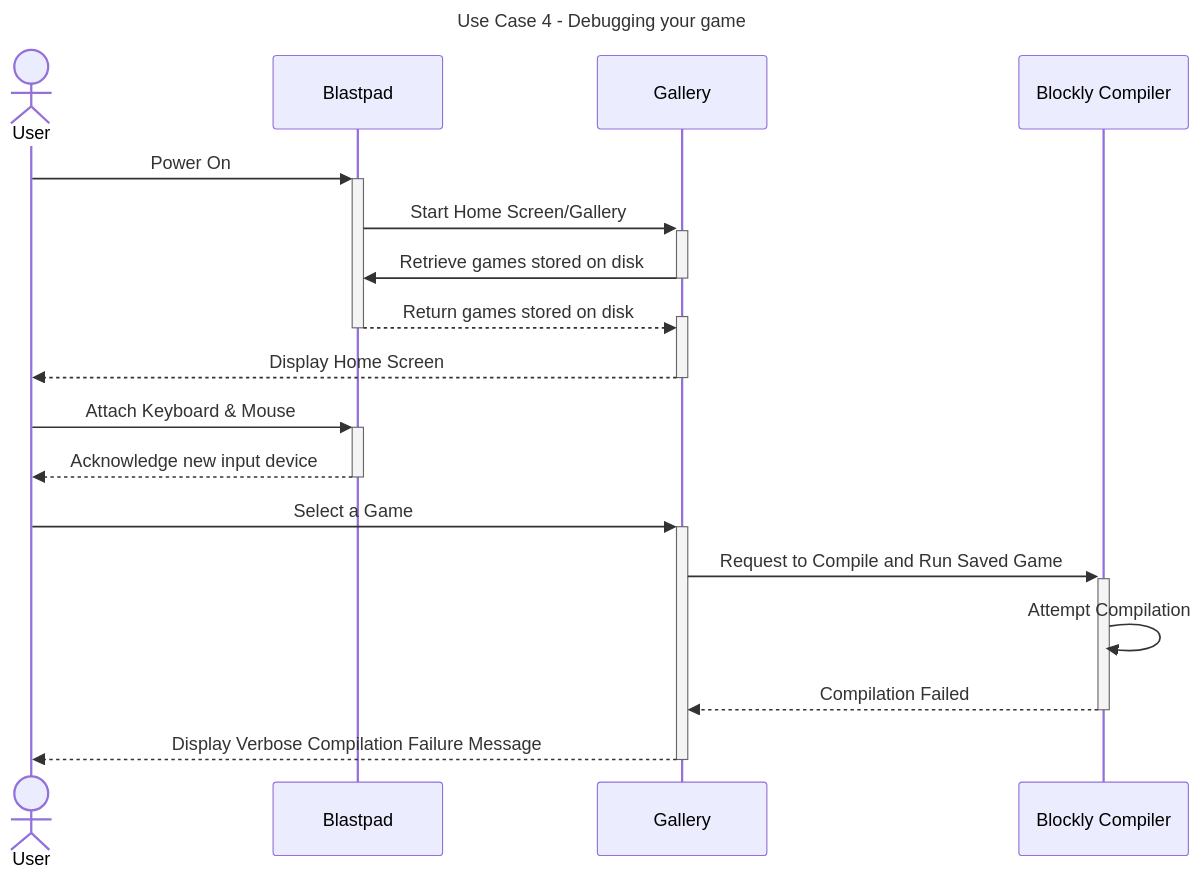
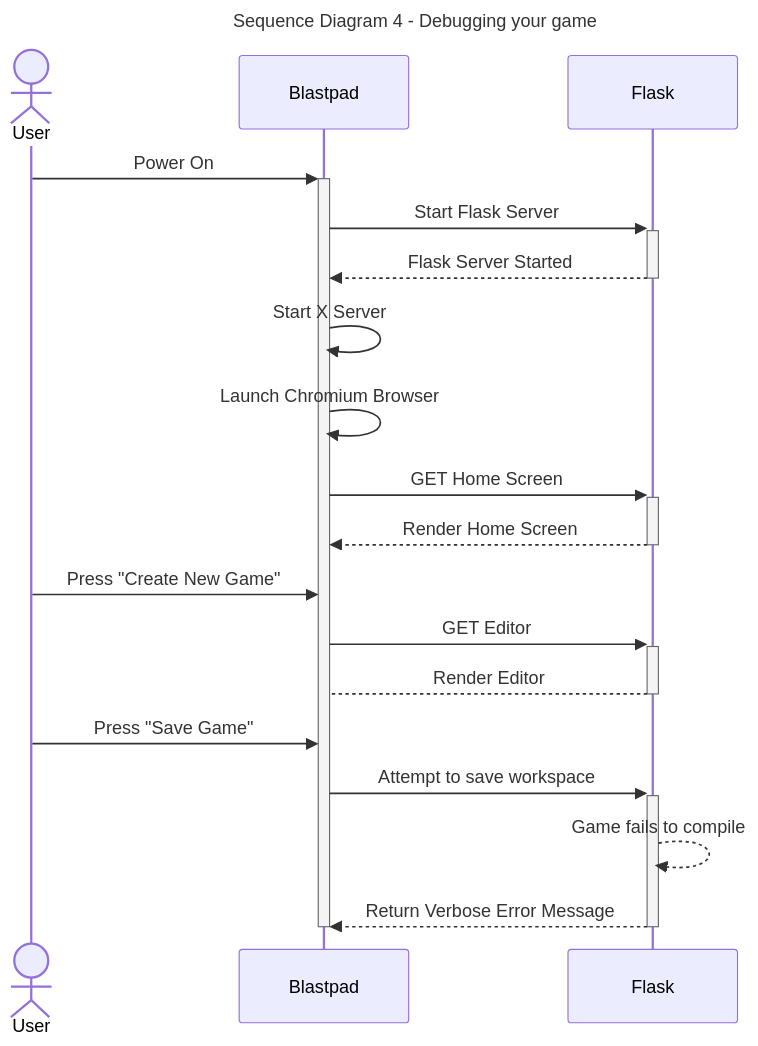
The fourth of 11 diagrams in documentation/docs/requirements/use-case-descriptions.md (Capstone-Projects-2024-Spring/project-blastpad), drawn with Mermaid before and after one commit. The commit also changed other lines of this file and 3 other files, not shown here.

Commit message:
Use Case Seq Diagrams

````diff
--- a/documentation/docs/requirements/use-case-descriptions.md
+++ b/documentation/docs/requirements/use-case-descriptions.md
@@ -134,25 +129,29 @@
 ```mermaid
 ---
-title: "Use Case 4 - Debugging your game"
+title: "Sequence Diagram 4 - Debugging your game"
 ---
-
 sequenceDiagram
 actor User
 User->>+Blastpad: Power On
-Blastpad->>+Gallery: Start Home Screen/Gallery
-Gallery->>-Blastpad: Retrieve games stored on disk
-Blastpad-->>+Gallery: Return games stored on disk
-deactivate Blastpad	
-Gallery-->>-User: Display Home Screen
-		
-User->>+Blastpad: Attach Keyboard & Mouse
-Blastpad-->>-User: Acknowledge new input device
+Blastpad->>+Flask: Start Flask Server
+Flask-->>-Blastpad: Flask Server Started
+
+Blastpad->>Blastpad: Start X Server
+Blastpad->>Blastpad: Launch Chromium Browser
 
 
 
-User->>+Gallery: Select a Game
-Gallery->>+Blockly Compiler: Request to Compile and Run Saved Game
-Blockly Compiler->>Blockly Compiler: Attempt Compilation
-Blockly Compiler-->>-Gallery: Compilation Failed
-Gallery-->>-User: Display Verbose Compilation Failure Message
+Blastpad->>+Flask: GET Home Screen
+Flask-->>-Blastpad: Render Home Screen
+
+
+User->>Blastpad: Press "Create New Game"
+Blastpad->>+Flask: GET Editor
+Flask-->-Blastpad: Render Editor
+User->>Blastpad: Press "Save Game"
+Blastpad->>+Flask: Attempt to save workspace
+Flask-->>Flask: Game fails to compile
+Flask-->>-Blastpad: Return Verbose Error Message
+
+deactivate Blastpad
 ```
````
